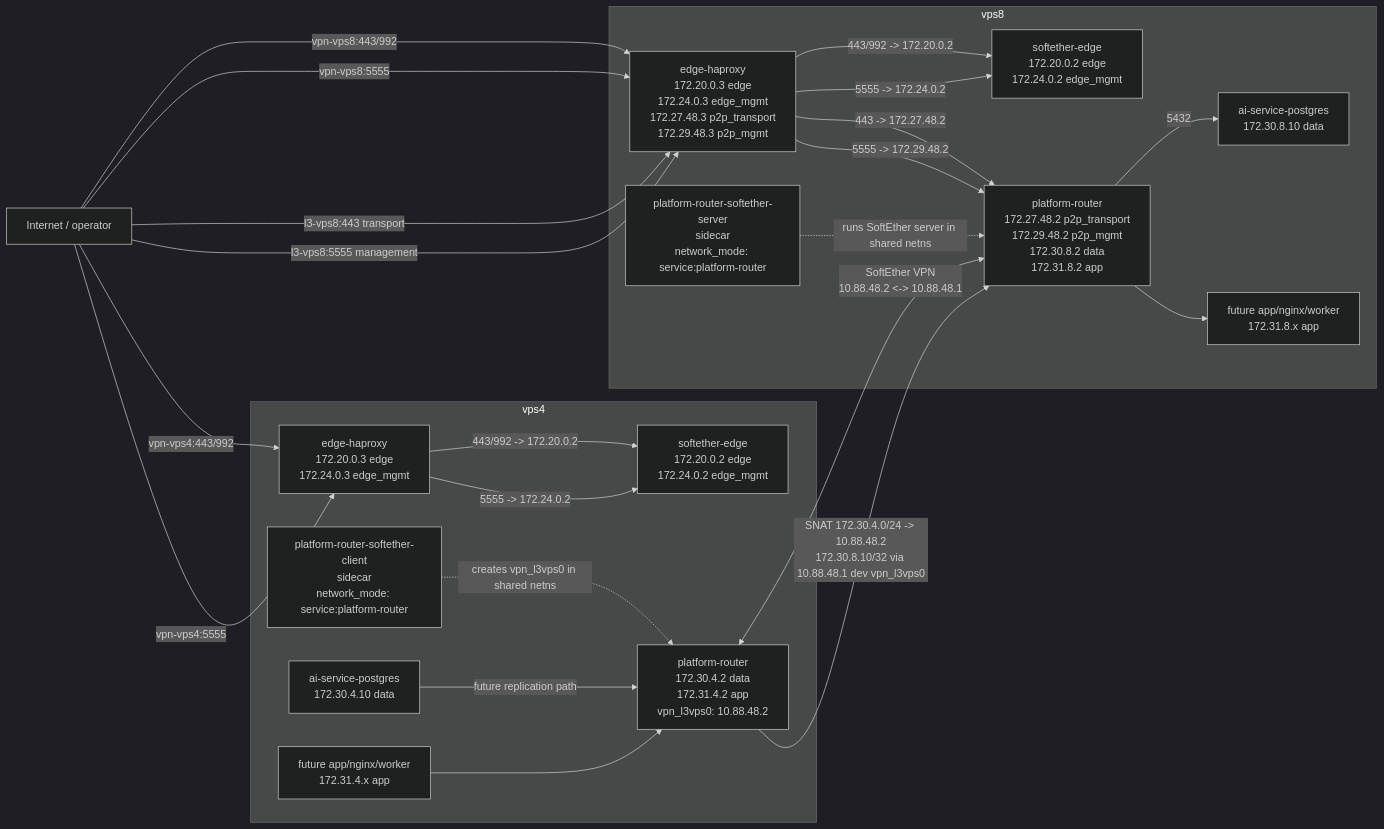
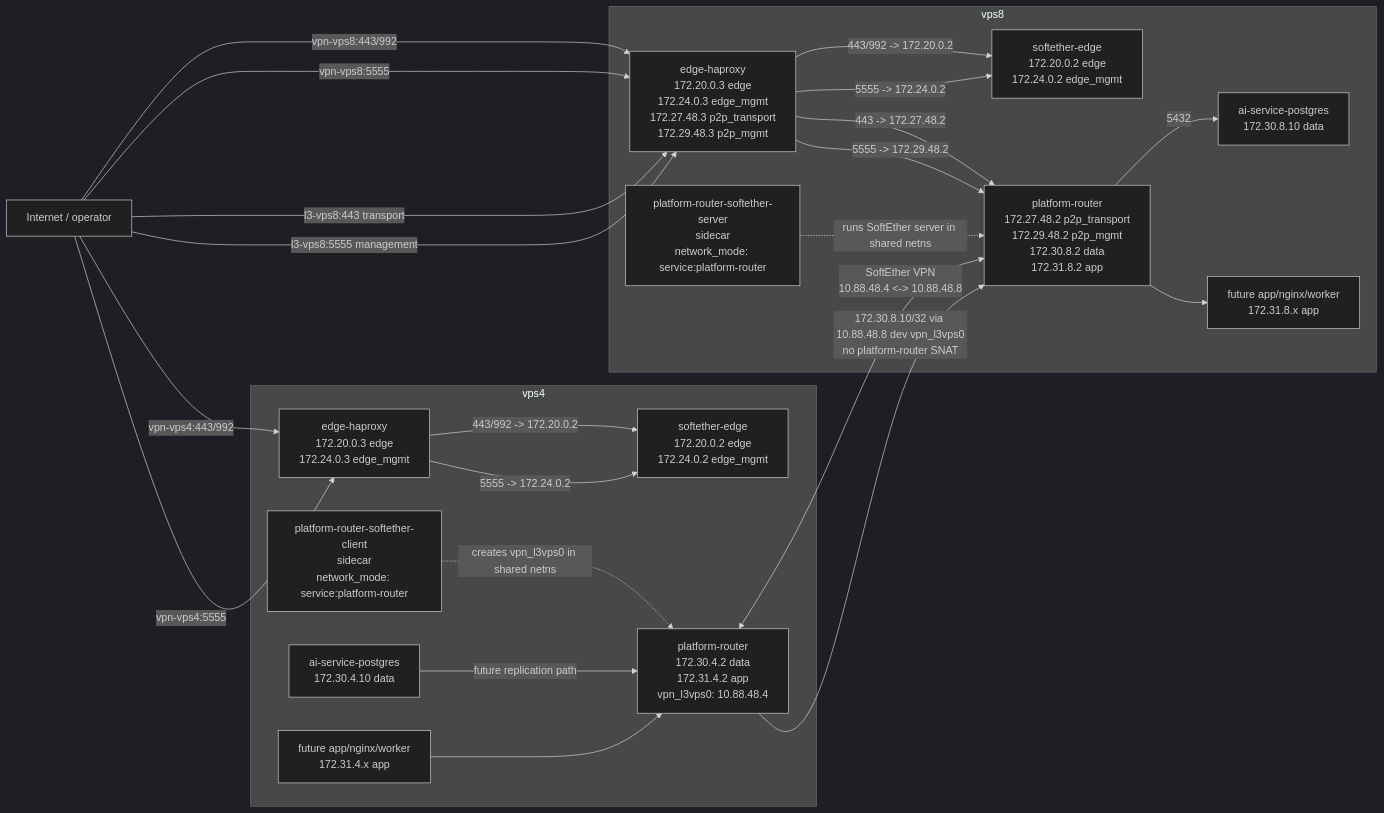
The diagram in docs/VPS4_VPS8_NETWORK_SCHEME.md (airiga1897/AI_Service_Platform), drawn with Mermaid (dark theme) before and after one commit. The commit also changed other lines of this file and 40 other files, not shown here.

````diff
--- a/docs/VPS4_VPS8_NETWORK_SCHEME.md
+++ b/docs/VPS4_VPS8_NETWORK_SCHEME.md
@@ -14,51 +14,51 @@
 ```mermaid
 flowchart LR
   subgraph V4["vps4"]
     V4_EH["edge-haproxy<br/>172.20.0.3 edge<br/>172.24.0.3 edge_mgmt"]
     V4_SE["softether-edge<br/>172.20.0.2 edge<br/>172.24.0.2 edge_mgmt"]
 
     V4_PG["ai-service-postgres<br/>172.30.4.10 data"]
     V4_APP["future app/nginx/worker<br/>172.31.4.x app"]
 
-    V4_PR["platform-router<br/>172.30.4.2 data<br/>172.31.4.2 app<br/>vpn_l3vps0: 10.88.48.2"]
+    V4_PR["platform-router<br/>172.30.4.2 data<br/>172.31.4.2 app<br/>vpn_l3vps0: 10.88.48.4"]
     V4_P2P["platform-router-softether-client<br/>sidecar<br/>network_mode: service:platform-router"]
   end
 
   subgraph V8["vps8"]
     V8_EH["edge-haproxy<br/>172.20.0.3 edge<br/>172.24.0.3 edge_mgmt<br/>172.27.48.3 p2p_transport<br/>172.29.48.3 p2p_mgmt"]
     V8_SE["softether-edge<br/>172.20.0.2 edge<br/>172.24.0.2 edge_mgmt"]
 
     V8_P2P["platform-router-softether-server<br/>sidecar<br/>network_mode: service:platform-router"]
     V8_PR["platform-router<br/>172.27.48.2 p2p_transport<br/>172.29.48.2 p2p_mgmt<br/>172.30.8.2 data<br/>172.31.8.2 app"]
 
     V8_PG["ai-service-postgres<br/>172.30.8.10 data"]
     V8_APP["future app/nginx/worker<br/>172.31.8.x app"]
   end
 
   Internet["Internet / operator"]
   Internet -->|"vpn-vps4:443/992"| V4_EH
   V4_EH -->|"443/992 -> 172.20.0.2"| V4_SE
   Internet -->|"vpn-vps4:5555"| V4_EH
   V4_EH -->|"5555 -> 172.24.0.2"| V4_SE
 
   Internet -->|"vpn-vps8:443/992"| V8_EH
   V8_EH -->|"443/992 -> 172.20.0.2"| V8_SE
   Internet -->|"vpn-vps8:5555"| V8_EH
   V8_EH -->|"5555 -> 172.24.0.2"| V8_SE
 
   Internet -->|"l3-vps8:443 transport"| V8_EH
   Internet -->|"l3-vps8:5555 management"| V8_EH
 
   V8_EH -->|"443 -> 172.27.48.2"| V8_PR
   V8_EH -->|"5555 -> 172.29.48.2"| V8_PR
 
   V4_P2P -. "creates vpn_l3vps0 in shared netns" .-> V4_PR
   V8_P2P -. "runs SoftEther server in shared netns" .-> V8_PR
-  V4_PR <-->|"SoftEther VPN<br/>10.88.48.2 <-> 10.88.48.1"| V8_PR
+  V4_PR <-->|"SoftEther VPN<br/>10.88.48.4 <-> 10.88.48.8"| V8_PR
 
   V4_PG -->|"future replication path"| V4_PR
   V4_APP --> V4_PR
-  V4_PR -->|"SNAT 172.30.4.0/24 -> 10.88.48.2<br/>172.30.8.10/32 via 10.88.48.1 dev vpn_l3vps0"| V8_PR
+  V4_PR -->|"172.30.8.10/32 via 10.88.48.8 dev vpn_l3vps0<br/>no platform-router SNAT"| V8_PR
   V8_PR -->|"5432"| V8_PG
   V8_PR --> V8_APP
 ```
````
